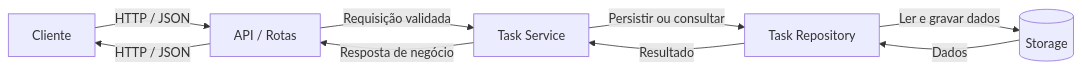
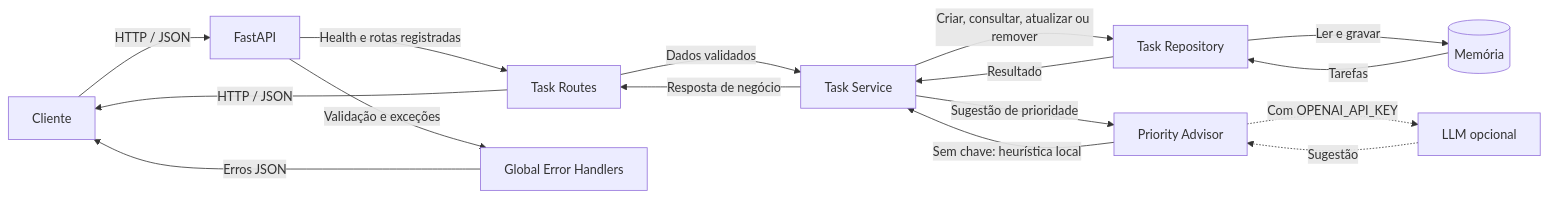
One commit to Alu-Dig01/MicroAPI changed the diagram in docs/arquitetura.md. Above: the diagram before and after it, drawn with Mermaid. The commit also changed other lines of this file and 2 other files, not shown here.

Commit message:
feat(api): registra rotas de tarefas e padroniza tratamento global de erros. Atualiza Diagrama Arquitetura e Readme

````diff
--- a/docs/arquitetura.md
+++ b/docs/arquitetura.md
@@ -3,17 +3,28 @@
 ```mermaid
 flowchart LR
     Client[Cliente]
-    API[API / Rotas]
+    App[FastAPI]
+    API[Task Routes]
+    ErrorHandler[Global Error Handlers]
     Service[Task Service]
+    Advisor[Priority Advisor]
     Repository[Task Repository]
-    Storage[(Storage)]
+    Storage[(Memória)]
+    LLM[LLM opcional]
 
-    Client -->|HTTP / JSON| API
-    API -->|Requisição validada| Service
-    Service -->|Persistir ou consultar| Repository
-    Repository -->|Ler e gravar dados| Storage
-    Storage -->|Dados| Repository
+    Client -->|HTTP / JSON| App
+    App -->|Health e rotas registradas| API
+    App -->|Validação e exceções| ErrorHandler
+    ErrorHandler -->|Erros JSON| Client
+    API -->|Dados validados| Service
+    Service -->|Criar, consultar, atualizar ou remover| Repository
+    Repository -->|Ler e gravar| Storage
+    Storage -->|Tarefas| Repository
     Repository -->|Resultado| Service
+    Service -->|Sugestão de prioridade| Advisor
+    Advisor -->|Sem chave: heurística local| Service
+    Advisor -.->|Com OPENAI_API_KEY| LLM
+    LLM -.->|Sugestão| Advisor
     Service -->|Resposta de negócio| API
     API -->|HTTP / JSON| Client
 ```
````
